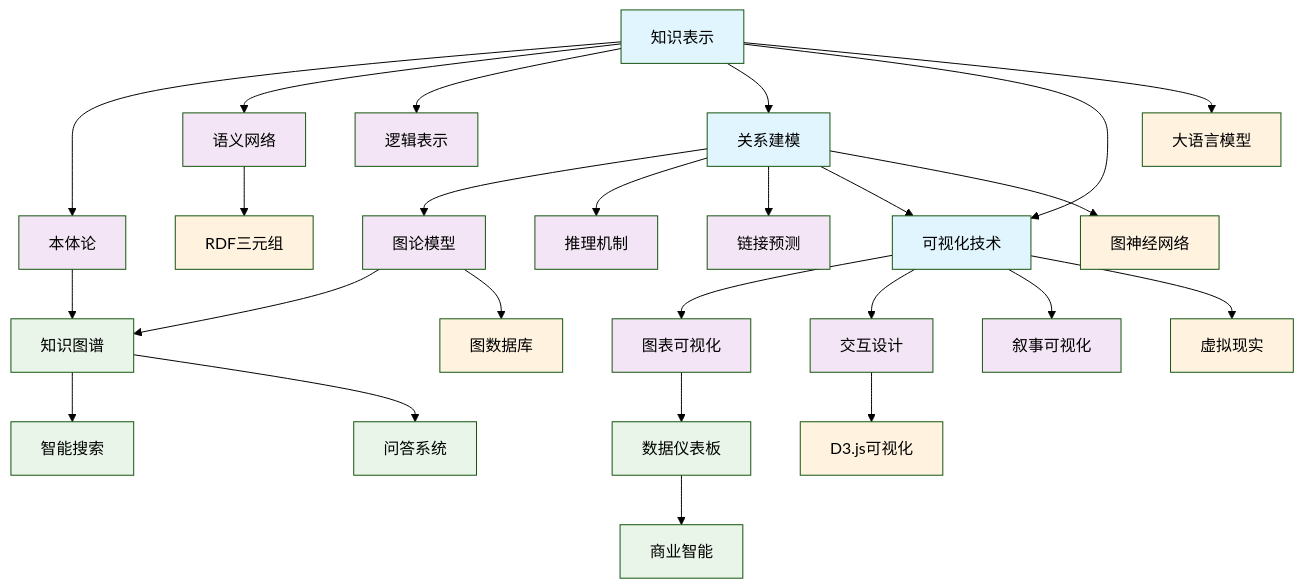
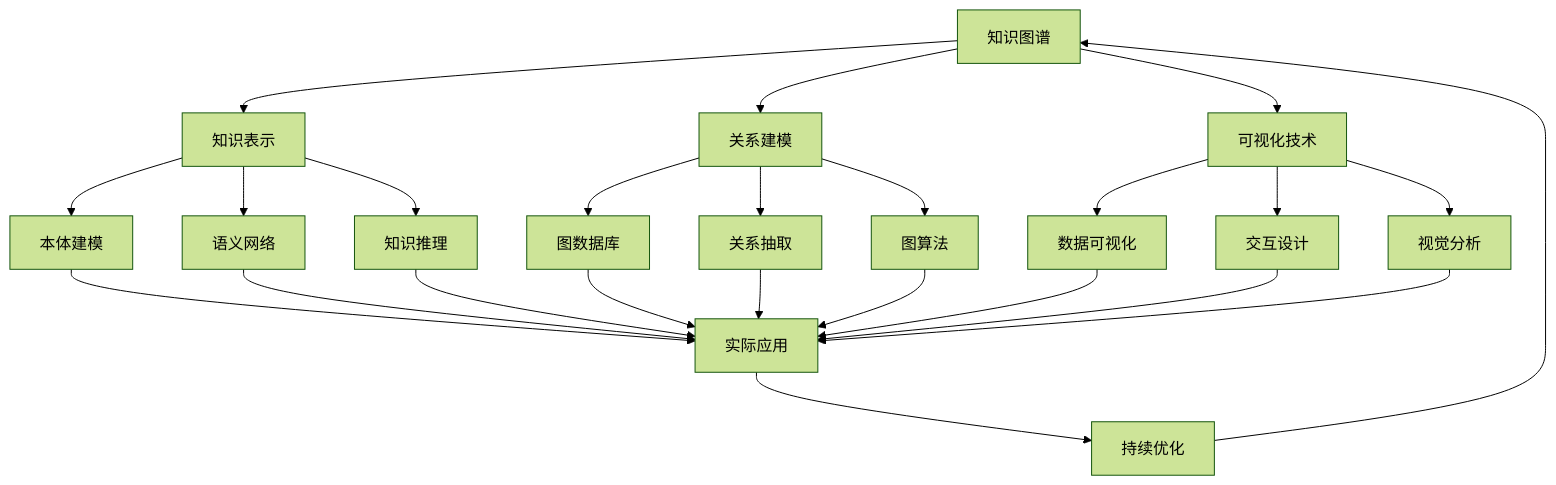
The diagram in Analysis/6-知识图谱与可视化/README.md (AdaMartin18010/Data-Science), drawn with Mermaid (forest theme) before and after one commit. The commit also changed other lines of this file and 11 other files, not shown here.

````diff
--- a/Analysis/6-知识图谱与可视化/README.md
+++ b/Analysis/6-知识图谱与可视化/README.md
@@ -29,51 +29,31 @@
 ```mermaid
 graph TB
-    %% 基础层
-    Knowledge[知识表示] --> Ontology[本体论]
-    Knowledge --> Semantic[语义网络]
-    Knowledge --> Logic[逻辑表示]
+    A[知识图谱] --> B[知识表示]
+    A --> C[关系建模]
+    A --> D[可视化技术]
     
-    Relation[关系建模] --> Graph[图论模型]
-    Relation --> Reasoning[推理机制]
-    Relation --> Link[链接预测]
+    B --> E[本体建模]
+    B --> F[语义网络]
+    B --> G[知识推理]
     
-    Visualization[可视化技术] --> Chart[图表可视化]
-    Visualization --> Interactive[交互设计]
-    Visualization --> Narrative[叙事可视化]
+    C --> H[图数据库]
+    C --> I[关系抽取]
+    C --> J[图算法]
     
-    %% 技术层交互
-    Knowledge --> Relation
-    Relation --> Visualization
-    Knowledge --> Visualization
+    D --> K[数据可视化]
+    D --> L[交互设计]
+    D --> M[视觉分析]
     
-    %% 应用层
-    Ontology --> KG[知识图谱]
-    Graph --> KG
-    Chart --> Dashboard[数据仪表板]
+    E --> N[实际应用]
+    F --> N
+    G --> N
+    H --> N
+    I --> N
+    J --> N
+    K --> N
+    L --> N
+    M --> N
     
-    %% 技术栈
-    Semantic --> RDF[RDF三元组]
-    Graph --> Neo4j[图数据库]
-    Interactive --> D3[D3.js可视化]
-    
-    %% 新兴技术
-    Knowledge --> LLM[大语言模型]
-    Relation --> GNN[图神经网络]
-    Visualization --> VR[虚拟现实]
-    
-    %% 行业应用
-    KG --> Search[智能搜索]
-    KG --> QA[问答系统]
-    Dashboard --> BI[商业智能]
-    
-    %% 样式
-    classDef foundation fill:#e1f5fe
-    classDef technology fill:#f3e5f5
-    classDef application fill:#e8f5e8
-    classDef emerging fill:#fff3e0
-    
-    class Knowledge,Relation,Visualization foundation
-    class Ontology,Semantic,Logic,Graph,Reasoning,Link,Chart,Interactive,Narrative technology
-    class KG,Dashboard,Search,QA,BI application
-    class RDF,Neo4j,D3,LLM,GNN,VR emerging
+    N --> O[持续优化]
+    O --> A
 ```
````
